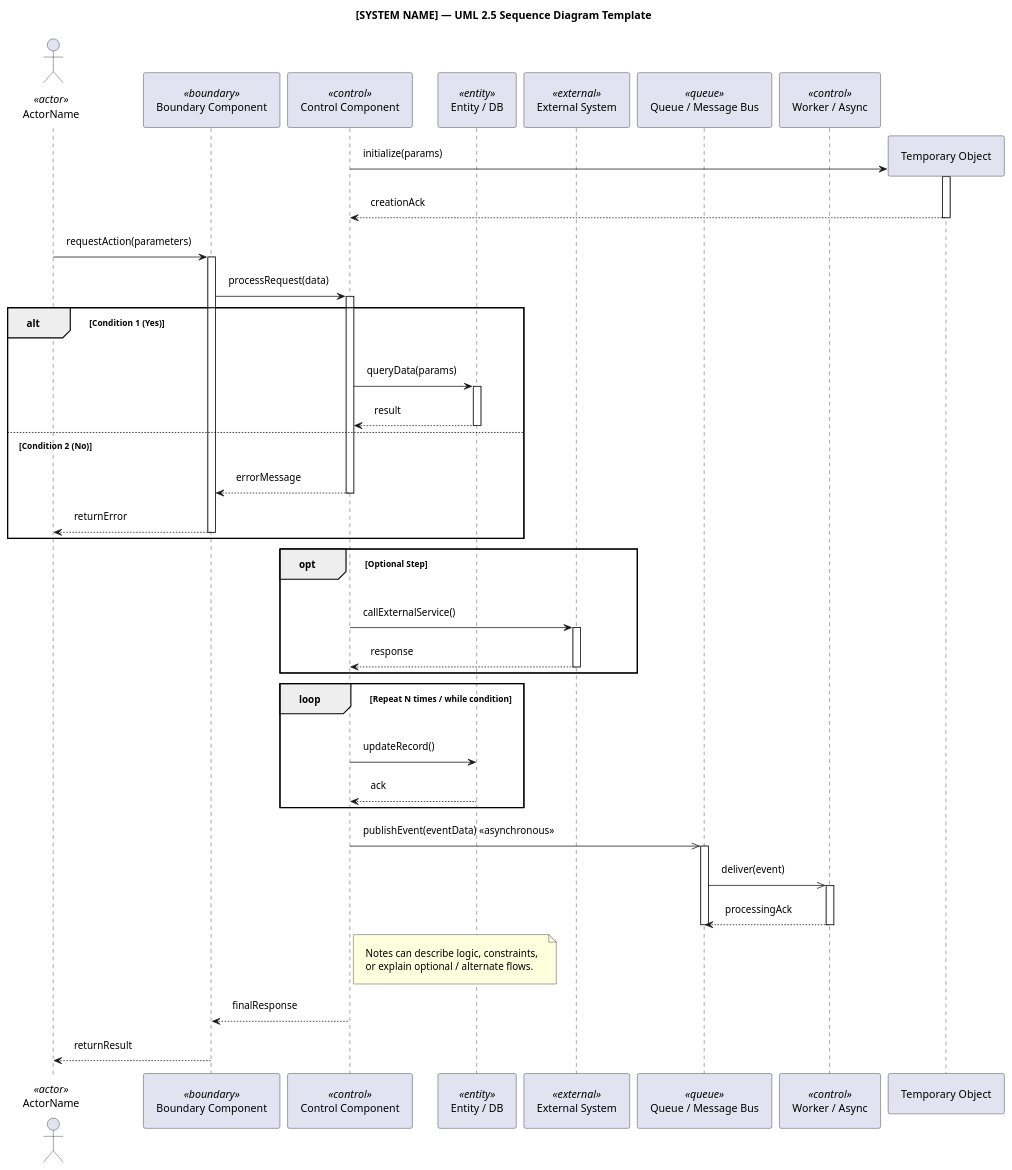
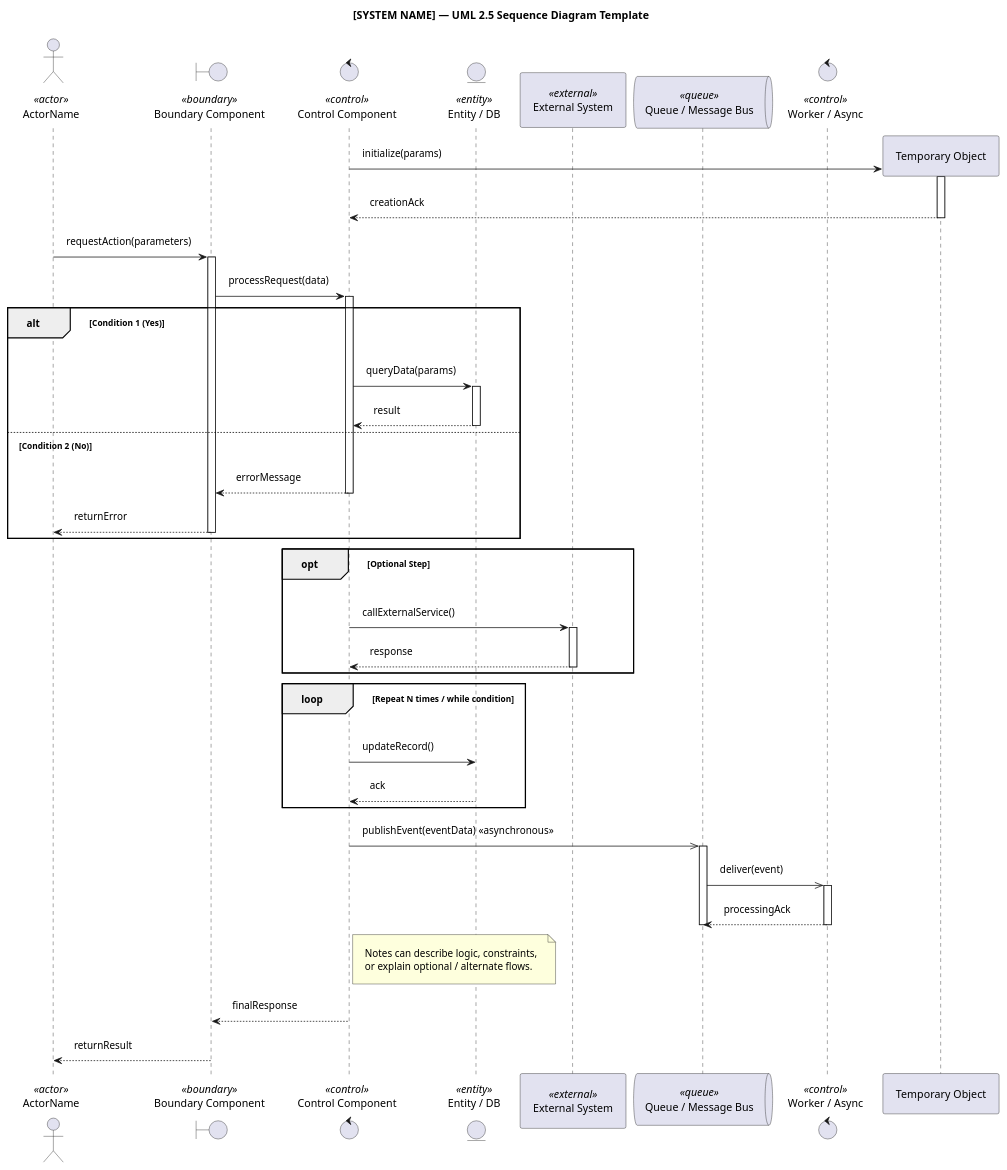
Before and after one commit to andikatjacobdennis/UML: the diagram in sequence/plantuml_sequence.puml, drawn with PlantUML. The commit also changed 1 other file, not shown here.

Commit message:
Updated sequence

```diff
--- a/sequence/plantuml_sequence.puml
+++ b/sequence/plantuml_sequence.puml
@@ -1,101 +1,101 @@
 @startuml
 title [SYSTEM NAME] — UML 2.5 Sequence Diagram Template
 
 ' ================================
 ' Style
 ' ================================
 skinparam linetype polyline
 skinparam Shadowing false
 skinparam Padding 10
 skinparam NodePadding 10
 skinparam ComponentPadding 10
 
 ' ================================
 ' Lifelines / Participants
 ' ================================
 actor ACT as "ActorName" <<actor>>
-participant BND as "Boundary Component" <<boundary>>
-participant CTRL as "Control Component" <<control>>
-participant DB as "Entity / DB" <<entity>>
+boundary BND as "Boundary Component" <<boundary>>
+control CTRL as "Control Component" <<control>>
+entity DB as "Entity / DB" <<entity>>
 participant EXT as "External System" <<external>>
-participant BUS as "Queue / Message Bus" <<queue>>
-participant WK as "Worker / Async" <<control>>
+queue BUS as "Queue / Message Bus" <<queue>>
+control WK as "Worker / Async" <<control>>
 
 ' ================================
 ' Creation / Destruction
 ' ================================
 create TEMP as "Temporary Object"
 CTRL -> TEMP : initialize(params)
 activate TEMP
 TEMP --> CTRL : creationAck
 deactivate TEMP
 
 ' ================================
 ' Basic Message Flow
 ' ================================
 ACT -> BND : requestAction(parameters)
 activate BND
 BND -> CTRL : processRequest(data)
 activate CTRL
 
 ' ================================
 ' Conditional / Alternative Flows
 ' ================================
 alt Condition 1 (Yes)
     CTRL -> DB : queryData(params)
     activate DB
     DB --> CTRL : result
     deactivate DB
 else Condition 2 (No)
     CTRL --> BND : errorMessage
     deactivate CTRL
     BND --> ACT : returnError
     deactivate BND
 end
 
 ' ================================
 ' Optional / Opt Fragment
 ' ================================
 opt Optional Step
     CTRL -> EXT : callExternalService()
     activate EXT
     EXT --> CTRL : response
     deactivate EXT
 end
 
 ' ================================
 ' Loops
 ' ================================
 loop Repeat N times / while condition
     CTRL -> DB : updateRecord()
     DB --> CTRL : ack
 end
 
 ' ================================
 ' Asynchronous Messages
 ' ================================
 CTRL ->> BUS : publishEvent(eventData) <<asynchronous>>
 activate BUS
 BUS ->> WK : deliver(event)
 activate WK
 WK --> BUS : processingAck
 deactivate WK
 deactivate BUS
 
 ' ================================
 ' Notes
 ' ================================
 note right of CTRL
   Notes can describe logic, constraints,
   or explain optional / alternate flows.
 end note
 
 ' ================================
 ' Final Response / End of Sequence
 ' ================================
 CTRL --> BND : finalResponse
 deactivate CTRL
 BND --> ACT : returnResult
 deactivate BND
 
 @enduml
```
